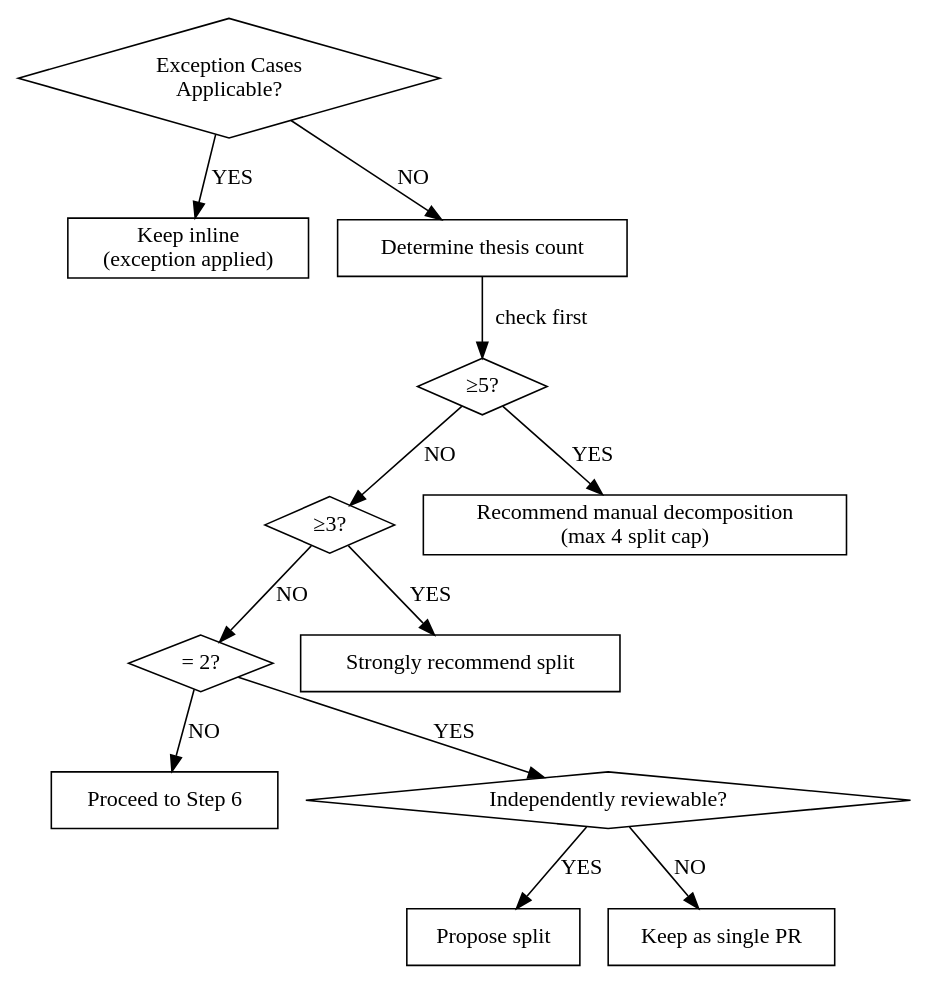
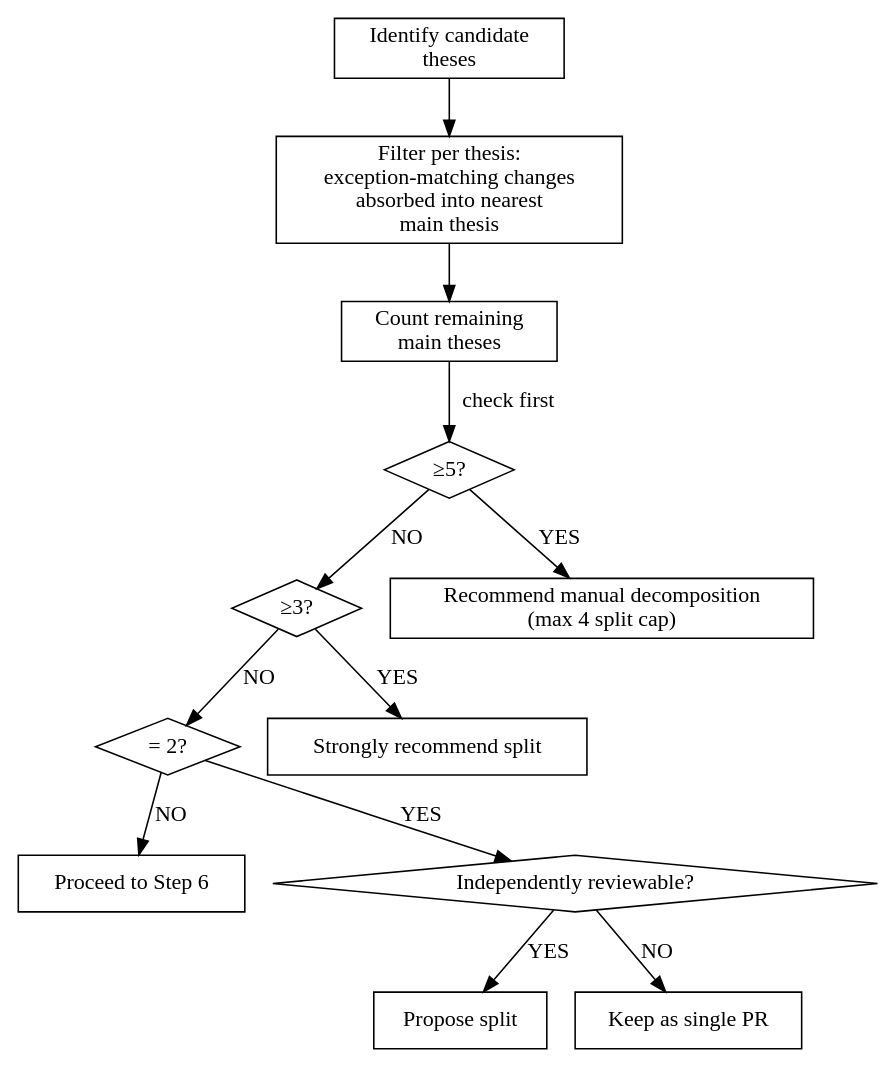
One commit to toongri/oh-my-toong-playground changed the diagram in skills/make-pr/references/scope-assessment.md. Above: the diagram before and after it, drawn with Graphviz. The commit also changed other lines of this file and 2 other files, not shown here.

````diff
--- a/skills/make-pr/references/scope-assessment.md
+++ b/skills/make-pr/references/scope-assessment.md
@@ -44,30 +44,30 @@
 ```dot
 digraph thesis_decision {
     rankdir=TB;
 
-    "Exception Cases\nApplicable?" [shape=diamond];
-    "Keep inline\n(exception applied)" [shape=box];
-    "Determine thesis count" [shape=box];
+    "Identify candidate\ntheses" [shape=box];
+    "Filter per thesis:\nexception-matching changes\nabsorbed into nearest\nmain thesis" [shape=box];
+    "Count remaining\nmain theses" [shape=box];
     "= 2?" [shape=diamond];
     "≥3?" [shape=diamond];
     "≥5?" [shape=diamond];
     "Proceed to Step 6" [shape=box];
     "Independently reviewable?" [shape=diamond];
     "Propose split" [shape=box];
     "Keep as single PR" [shape=box];
     "Strongly recommend split" [shape=box];
     "Recommend manual decomposition\n(max 4 split cap)" [shape=box];
 
-    "Exception Cases\nApplicable?" -> "Keep inline\n(exception applied)" [label="YES"];
-    "Exception Cases\nApplicable?" -> "Determine thesis count" [label="NO"];
-    "Determine thesis count" -> "≥5?" [label="check first"];
+    "Identify candidate\ntheses" -> "Filter per thesis:\nexception-matching changes\nabsorbed into nearest\nmain thesis";
+    "Filter per thesis:\nexception-matching changes\nabsorbed into nearest\nmain thesis" -> "Count remaining\nmain theses";
+    "Count remaining\nmain theses" -> "≥5?" [label="check first"];
     "≥5?" -> "Recommend manual decomposition\n(max 4 split cap)" [label="YES"];
     "≥5?" -> "≥3?" [label="NO"];
     "≥3?" -> "Strongly recommend split" [label="YES"];
     "≥3?" -> "= 2?" [label="NO"];
     "= 2?" -> "Independently reviewable?" [label="YES"];
     "= 2?" -> "Proceed to Step 6" [label="NO"];
     "Independently reviewable?" -> "Propose split" [label="YES"];
     "Independently reviewable?" -> "Keep as single PR" [label="NO"];
 }
 ```
````
